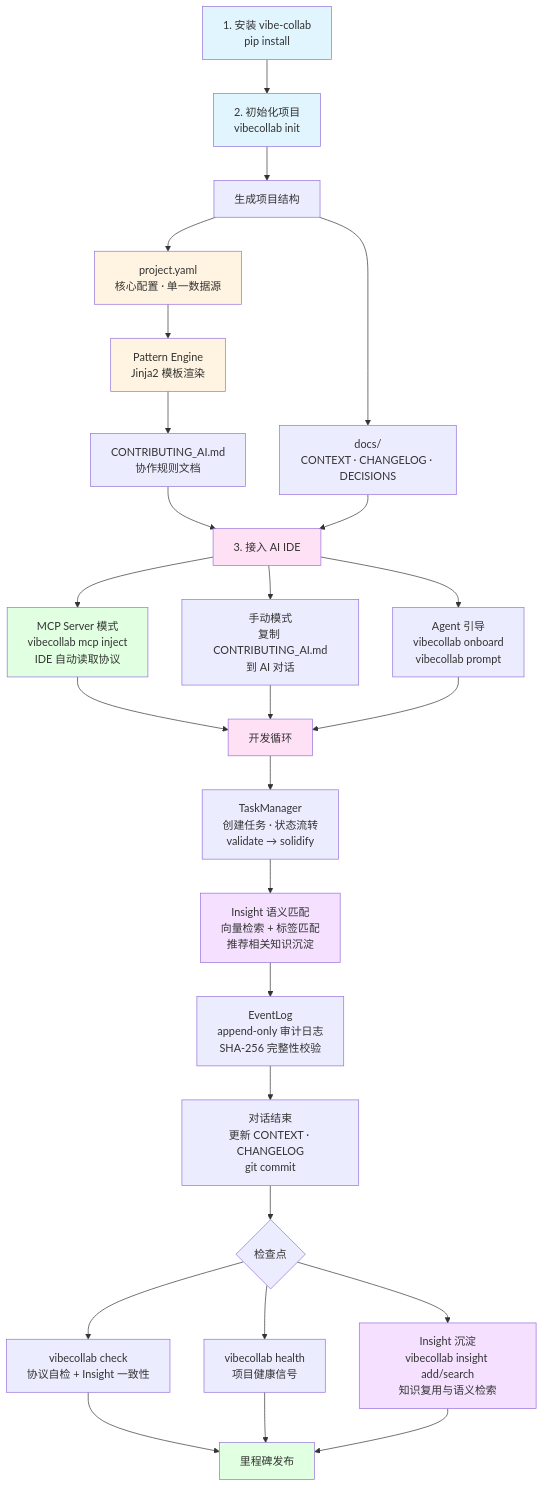
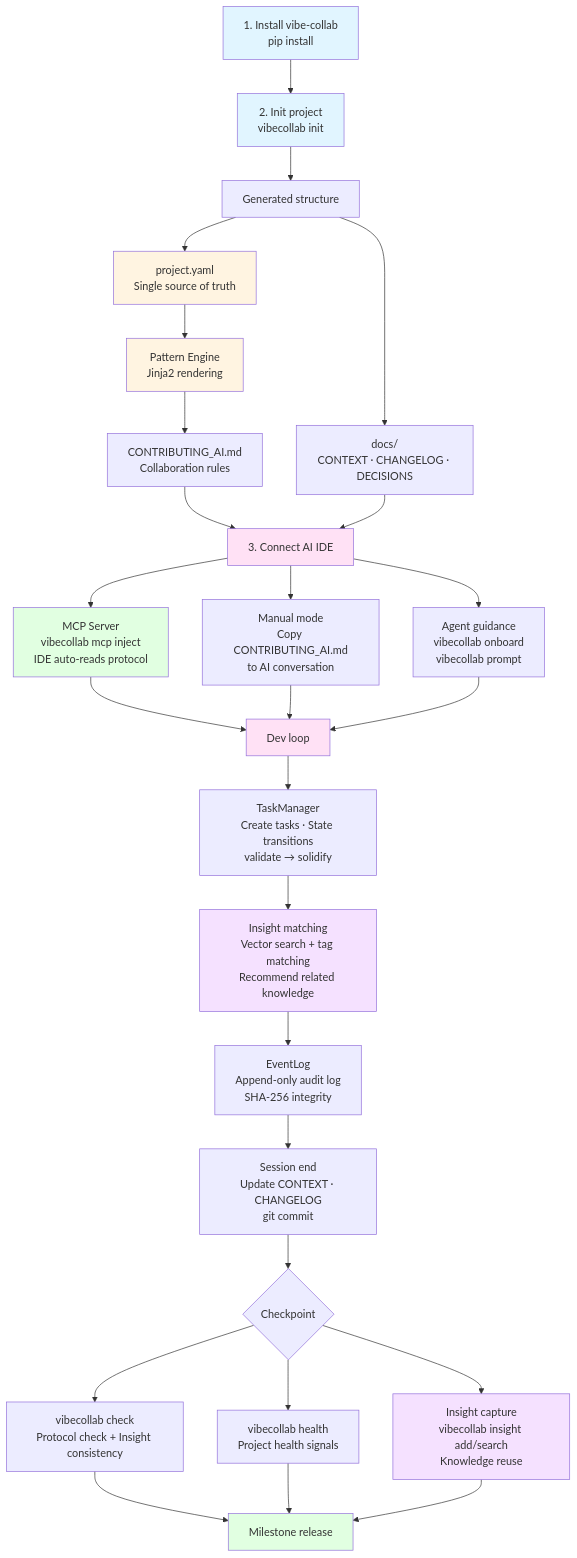
One commit to flashpoint493/VibeCollab changed the first of 2 diagrams in README.md. Above: the diagram before and after it, drawn with Mermaid. The commit also changed other lines of this file and 14 other files, not shown here.

````diff
--- a/README.md
+++ b/README.md
@@ -17,46 +91,46 @@
 ```mermaid
 flowchart TD
-    A[1. 安装 vibe-collab<br/>pip install] --> B[2. 初始化项目<br/>vibecollab init]
-    B --> C[生成项目结构]
-    C --> D1[project.yaml<br/>核心配置 · 单一数据源]
+    A[1. Install vibe-collab<br/>pip install] --> B[2. Init project<br/>vibecollab init]
+    B --> C[Generated structure]
+    C --> D1[project.yaml<br/>Single source of truth]
     C --> D2[docs/<br/>CONTEXT · CHANGELOG · DECISIONS]
     
-    D1 --> E[Pattern Engine<br/>Jinja2 模板渲染]
-    E --> F[CONTRIBUTING_AI.md<br/>协作规则文档]
+    D1 --> E[Pattern Engine<br/>Jinja2 rendering]
+    E --> F[CONTRIBUTING_AI.md<br/>Collaboration rules]
     
-    F --> G[3. 接入 AI IDE]
+    F --> G[3. Connect AI IDE]
     D2 --> G
     
-    G --> M0[MCP Server 模式<br/>vibecollab mcp inject<br/>IDE 自动读取协议]
-    G --> M1[手动模式<br/>复制 CONTRIBUTING_AI.md<br/>到 AI 对话]
-    G --> M4[Agent 引导<br/>vibecollab onboard<br/>vibecollab prompt]
+    G --> M0[MCP Server<br/>vibecollab mcp inject<br/>IDE auto-reads protocol]
+    G --> M1[Manual mode<br/>Copy CONTRIBUTING_AI.md<br/>to AI conversation]
+    G --> M4[Agent guidance<br/>vibecollab onboard<br/>vibecollab prompt]
     
-    M0 --> H[开发循环]
+    M0 --> H[Dev loop]
     M1 --> H
     M4 --> H
     
-    H --> H1[TaskManager<br/>创建任务 · 状态流转<br/>validate → solidify]
-    H1 --> H1a[Insight 语义匹配<br/>向量检索 + 标签匹配<br/>推荐相关知识沉淀]
-    H1a --> H2[EventLog<br/>append-only 审计日志<br/>SHA-256 完整性校验]
-    H2 --> H3[对话结束<br/>更新 CONTEXT · CHANGELOG<br/>git commit]
+    H --> H1[TaskManager<br/>Create tasks · State transitions<br/>validate → solidify]
+    H1 --> H1a[Insight matching<br/>Vector search + tag matching<br/>Recommend related knowledge]
+    H1a --> H2[EventLog<br/>Append-only audit log<br/>SHA-256 integrity]
+    H2 --> H3[Session end<br/>Update CONTEXT · CHANGELOG<br/>git commit]
     
-    H3 --> I{检查点}
-    I --> I1[vibecollab check<br/>协议自检 + Insight 一致性]
-    I --> I2[vibecollab health<br/>项目健康信号]
-    I --> I3[Insight 沉淀<br/>vibecollab insight add/search<br/>知识复用与语义检索]
+    H3 --> I{Checkpoint}
+    I --> I1[vibecollab check<br/>Protocol check + Insight consistency]
+    I --> I2[vibecollab health<br/>Project health signals]
+    I --> I3[Insight capture<br/>vibecollab insight add/search<br/>Knowledge reuse]
     
-    I1 --> J[里程碑发布]
+    I1 --> J[Milestone release]
     I2 --> J
     I3 --> J
     
     style A fill:#e1f5ff
     style B fill:#e1f5ff
     style D1 fill:#fff4e1
     style E fill:#fff4e1
     style G fill:#ffe1f5
     style M0 fill:#e1ffe1
     style H fill:#ffe1f5
     style H1a fill:#f5e1ff
     style I3 fill:#f5e1ff
     style J fill:#e1ffe1
 ```
````
